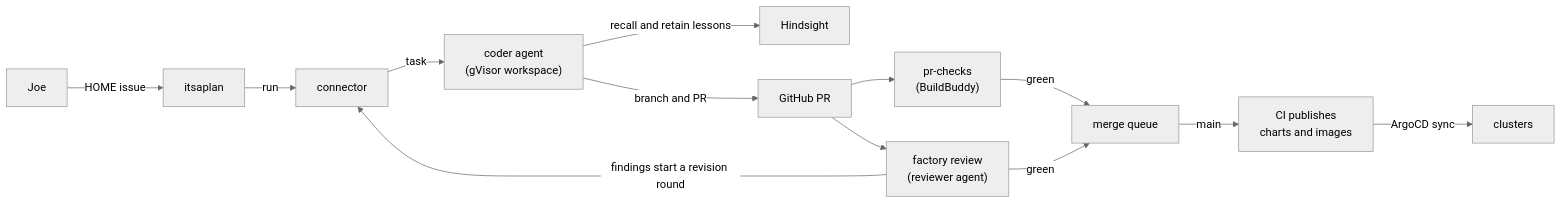
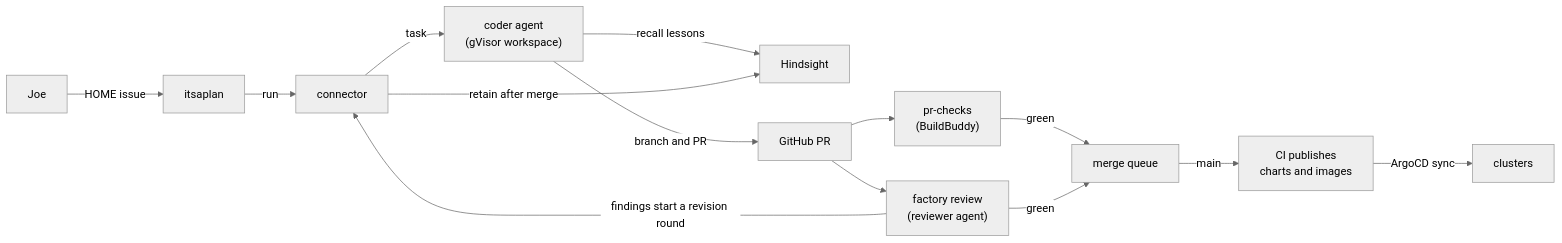
The diagram in README.md (jomcgi-org/homelab), drawn with Mermaid (neutral theme) before and after one commit. The commit also changed 25 other files, not shown here.

First line of the commit message:
feat(factory): retain coding lessons after merge

````diff
--- a/README.md
+++ b/README.md
@@ -8,15 +8,16 @@
 ```mermaid
 flowchart LR
   J[Joe] -- "HOME issue" --> I[itsaplan]
   I -- "run" --> C[connector]
   C -- "task" --> K["coder agent<br/>(gVisor workspace)"]
-  K -- "recall and retain lessons" --> H[Hindsight]
+  K -- "recall lessons" --> H[Hindsight]
+  C -- "retain after merge" --> H
   K -- "branch and PR" --> G[GitHub PR]
   G --> T["pr-checks<br/>(BuildBuddy)"]
   G --> R["factory review<br/>(reviewer agent)"]
   R -- "findings start a revision round" --> C
   T -- "green" --> Q[merge queue]
   R -- "green" --> Q
   Q -- "main" --> P["CI publishes<br/>charts and images"]
   P -- "ArgoCD sync" --> X[clusters]
 ```
````
